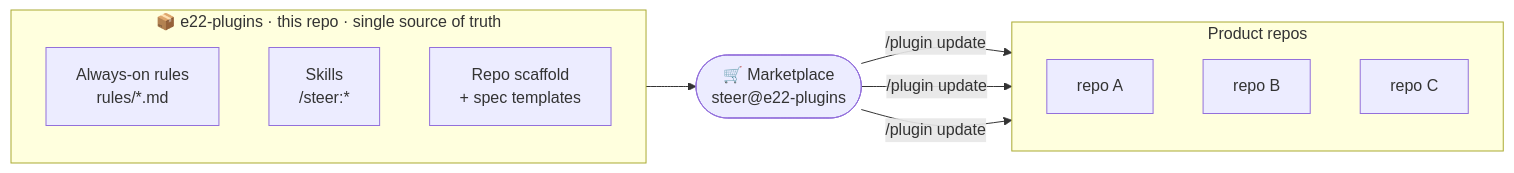
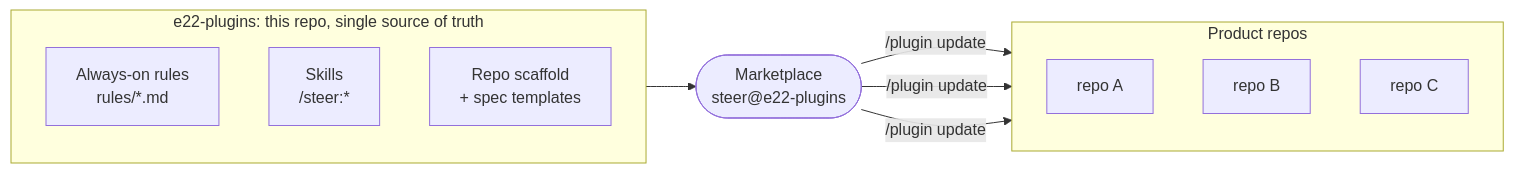
One commit to element22llc/e22-plugins changed the first of 3 diagrams in README.md. Above: the diagram before and after it, drawn with Mermaid. The commit also changed other lines of this file and 149 other files, not shown here.

````diff
--- a/README.md
+++ b/README.md
@@ -44,20 +44,20 @@
 ```mermaid
 flowchart LR
-    subgraph src["📦 e22-plugins · this repo · single source of truth"]
+    subgraph src["e22-plugins: this repo, single source of truth"]
         direction TB
         rules["Always-on rules<br/>rules/*.md"]
         skills["Skills<br/>/steer:*"]
         scaffold["Repo scaffold<br/>+ spec templates"]
     end
-    mp(["🛒 Marketplace<br/>steer@e22-plugins"])
+    mp(["Marketplace<br/>steer@e22-plugins"])
     subgraph repos["Product repos"]
         direction TB
         r1["repo A"]
         r2["repo B"]
         r3["repo C"]
     end
     src --> mp
     mp -->|/plugin update| r1
     mp -->|/plugin update| r2
     mp -->|/plugin update| r3
 ```
````
